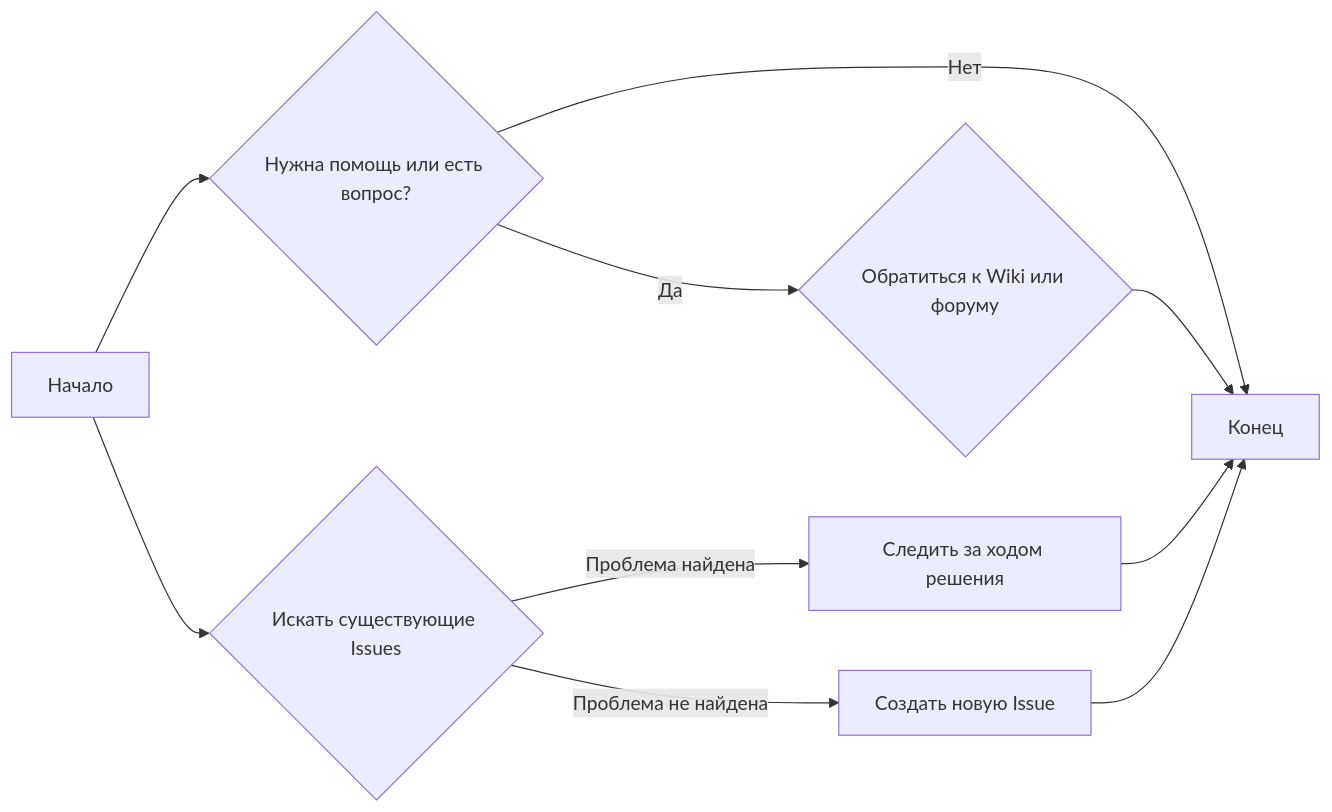
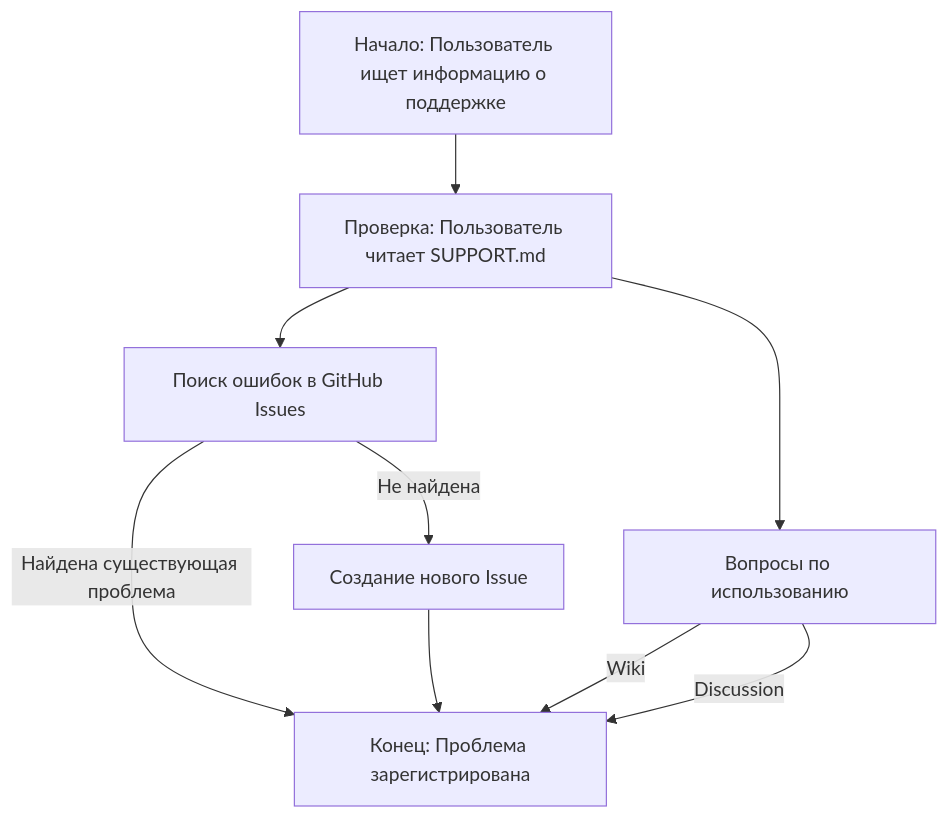
The diagram in docs/gemini/ru/explainer/src/ai/tiny_troupe/TinyTroupe/SUPPORT.md.md (hypo69/hypo), drawn with Mermaid before and after one commit. The commit also changed other lines of this file and 6031 other files, not shown here.

````diff
--- a/docs/gemini/ru/explainer/src/ai/tiny_troupe/TinyTroupe/SUPPORT.md.md
+++ b/docs/gemini/ru/explainer/src/ai/tiny_troupe/TinyTroupe/SUPPORT.md.md
@@ -19,13 +17,11 @@
 ```mermaid
-graph LR
-    A[Начало] --> B{Искать существующие Issues};
-    B -- Проблема найдена --> C[Следить за ходом решения];
-    B -- Проблема не найдена --> D[Создать новую Issue];
-    A --> E{Нужна помощь или есть вопрос?};
-    E -- Да --> F{Обратиться к Wiki или форуму};
-    E -- Нет --> G[Конец];
-    F --> G;
-    C --> G;
-    D --> G;
-    G[Конец];
+flowchart TD
+    Start[Начало: Пользователь ищет информацию о поддержке] --> Check[Проверка: Пользователь читает SUPPORT.md];
+    Check --> Search[Поиск ошибок в GitHub Issues];
+    Search -- Найдена существующая проблема --> End[Конец: Проблема известна];
+    Search -- Не найдена --> CreateIssue[Создание нового Issue];
+    Check --> Questions[Вопросы по использованию];
+    Questions -- Wiki --> End[Конец: Ответ в Wiki];
+    Questions -- Discussion --> End[Конец: Ответ на форуме];
+    CreateIssue --> End[Конец: Проблема зарегистрирована];
 ```
````
